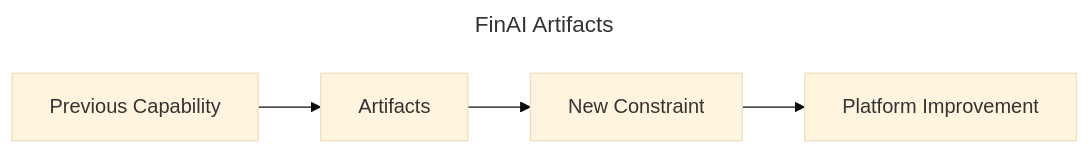
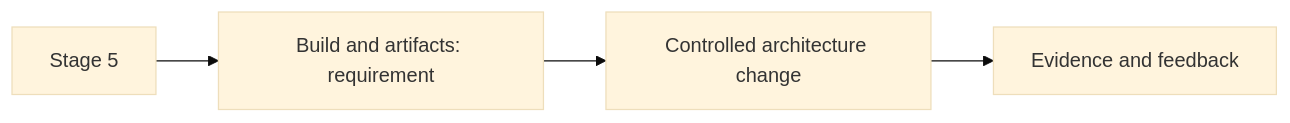
Before and after one commit to m1mohamad/devops-sre-prep: the sixth of 30 diagrams in docs/journey/index.md, drawn with Mermaid (base theme). The commit also changed other lines of this file and 100 other files, not shown here.

````diff
--- a/docs/journey/index.md
+++ b/docs/journey/index.md
@@ -69,7 +122,6 @@
 ```mermaid
----
-title: FinAI Artifacts
----
 flowchart LR
-  A[Previous Capability] --> B[Artifacts] --> C[New Constraint] --> D[Platform Improvement]
+  S6[Stage 5] --> R6[Build and artifacts: requirement]
+  R6 --> C6[Controlled architecture change]
+  C6 --> E6[Evidence and feedback]
 ```
````
